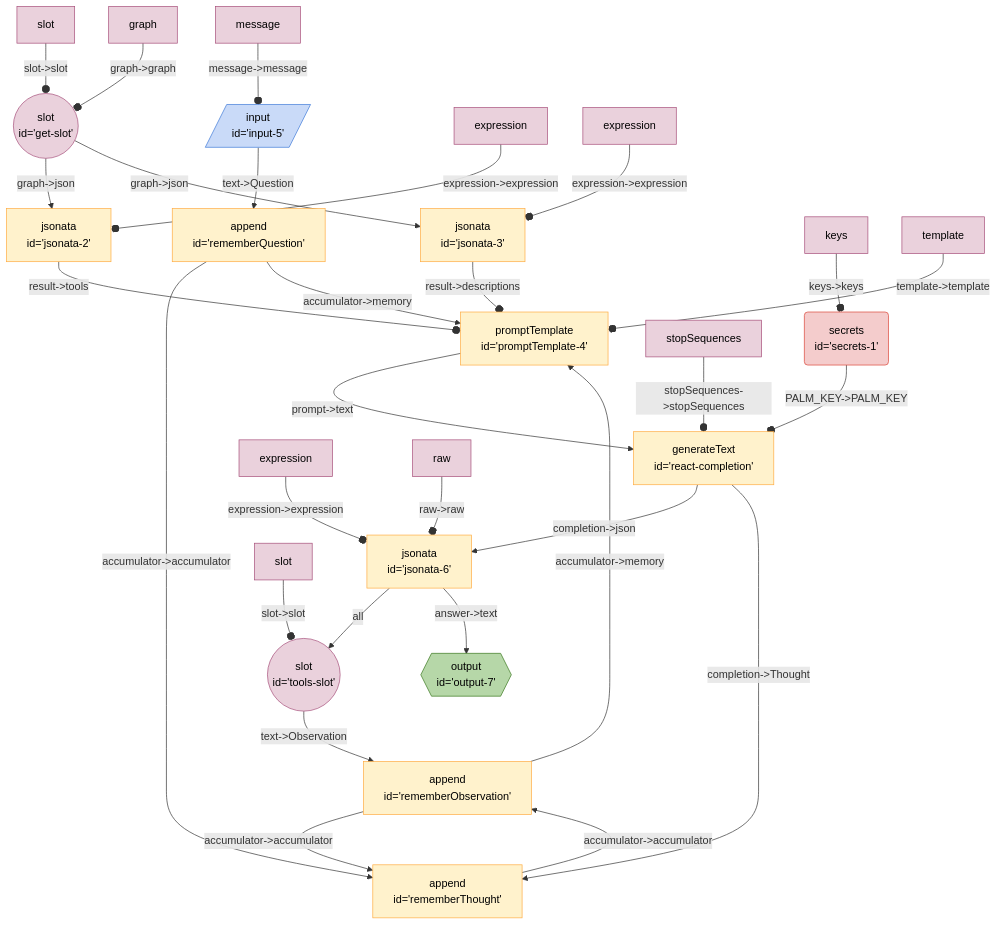
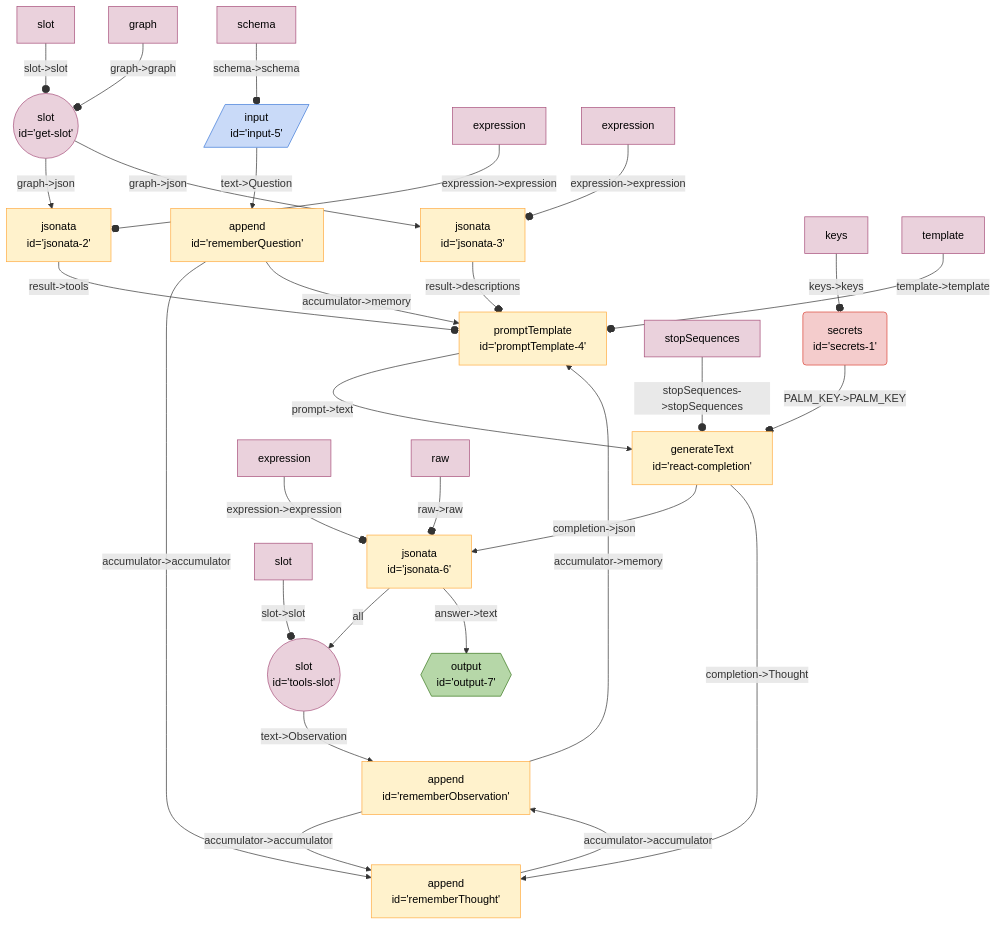
One commit to breadboard-ai/breadboard changed the diagram in seeds/graph-playground/docs/graphs/react-with-slot.md. Above: the diagram before and after it, drawn with Mermaid. The commit also changed 25 other files, not shown here.

Commit message:
[graph-playground] Update graphs to remove "message".

````diff
--- a/seeds/graph-playground/docs/graphs/react-with-slot.md
+++ b/seeds/graph-playground/docs/graphs/react-with-slot.md
@@ -5,40 +5,40 @@
   ```mermaid
   %%{init: 'themeVariables': { 'fontFamily': 'Fira Code, monospace' }}%%
 graph TD;
 getslot(("slot <br> id='get-slot'")):::slot -- "graph->json" --> jsonata2["jsonata <br> id='jsonata-2'"]
 getslot(("slot <br> id='get-slot'")):::slot -- "graph->json" --> jsonata3["jsonata <br> id='jsonata-3'"]
 jsonata3["jsonata <br> id='jsonata-3'"] -- "result->descriptions" --o promptTemplate4["promptTemplate <br> id='promptTemplate-4'"]
 jsonata2["jsonata <br> id='jsonata-2'"] -- "result->tools" --o promptTemplate4["promptTemplate <br> id='promptTemplate-4'"]
 rememberObservation["append <br> id='rememberObservation'"] -- "accumulator->memory" --> promptTemplate4["promptTemplate <br> id='promptTemplate-4'"]
 rememberThought["append <br> id='rememberThought'"] -- "accumulator->accumulator" --> rememberObservation["append <br> id='rememberObservation'"]
 rememberObservation["append <br> id='rememberObservation'"] -- "accumulator->accumulator" --> rememberThought["append <br> id='rememberThought'"]
 rememberQuestion["append <br> id='rememberQuestion'"] -- "accumulator->accumulator" --> rememberThought["append <br> id='rememberThought'"]
 rememberQuestion["append <br> id='rememberQuestion'"] -- "accumulator->memory" --> promptTemplate4["promptTemplate <br> id='promptTemplate-4'"]
 input5[/"input <br> id='input-5'"/]:::input -- "text->Question" --> rememberQuestion["append <br> id='rememberQuestion'"]
 secrets1("secrets <br> id='secrets-1'"):::secrets -- "PALM_KEY->PALM_KEY" --o reactcompletion["generateText <br> id='react-completion'"]
 toolsslot(("slot <br> id='tools-slot'")):::slot -- "text->Observation" --> rememberObservation["append <br> id='rememberObservation'"]
 jsonata6["jsonata <br> id='jsonata-6'"] -- all --> toolsslot(("slot <br> id='tools-slot'")):::slot
 jsonata6["jsonata <br> id='jsonata-6'"] -- "answer->text" --> output7{{"output <br> id='output-7'"}}:::output
 reactcompletion["generateText <br> id='react-completion'"] -- "completion->json" --> jsonata6["jsonata <br> id='jsonata-6'"]
 reactcompletion["generateText <br> id='react-completion'"] -- "completion->Thought" --> rememberThought["append <br> id='rememberThought'"]
 promptTemplate4["promptTemplate <br> id='promptTemplate-4'"] -- "prompt->text" --> reactcompletion["generateText <br> id='react-completion'"]
 keyssecrets1[keys]:::config -- "keys->keys" --o secrets1
 slotgetslot[slot]:::config -- "slot->slot" --o getslot
 graphgetslot[graph]:::config -- "graph->graph" --o getslot
 expressionjsonata2[expression]:::config -- "expression->expression" --o jsonata2
 expressionjsonata3[expression]:::config -- "expression->expression" --o jsonata3
 templatepromptTemplate4[template]:::config -- "template->template" --o promptTemplate4
-messageinput5[message]:::config -- "message->message" --o input5
+schemainput5[schema]:::config -- "schema->schema" --o input5
 stopSequencesreactcompletion[stopSequences]:::config -- "stopSequences->stopSequences" --o reactcompletion
 expressionjsonata6[expression]:::config -- "expression->expression" --o jsonata6
 rawjsonata6[raw]:::config -- "raw->raw" --o jsonata6
 slottoolsslot[slot]:::config -- "slot->slot" --o toolsslot
 classDef default stroke:#ffab40,fill:#fff2ccff,color:#000
 classDef input stroke:#3c78d8,fill:#c9daf8ff,color:#000
 classDef output stroke:#38761d,fill:#b6d7a8ff,color:#000
 classDef passthrough stroke:#a64d79,fill:#ead1dcff,color:#000
 classDef slot stroke:#a64d79,fill:#ead1dcff,color:#000
 classDef config stroke:#a64d79,fill:#ead1dcff,color:#000
 classDef secrets stroke:#db4437,fill:#f4cccc,color:#000
 classDef slotted stroke:#a64d79
   ```
````
